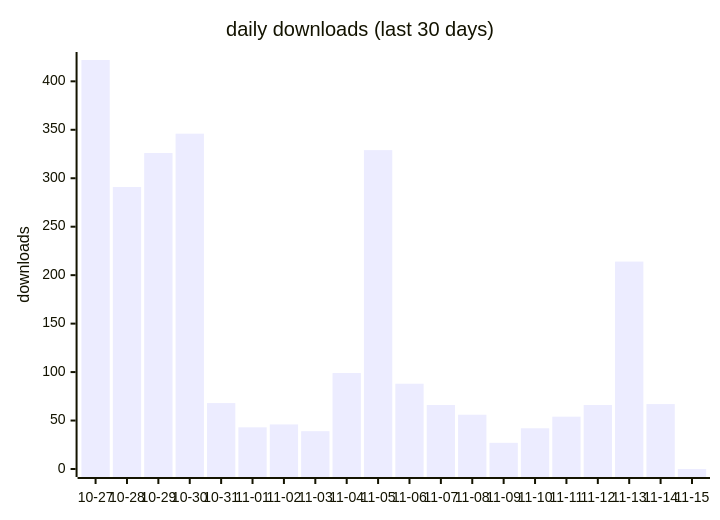
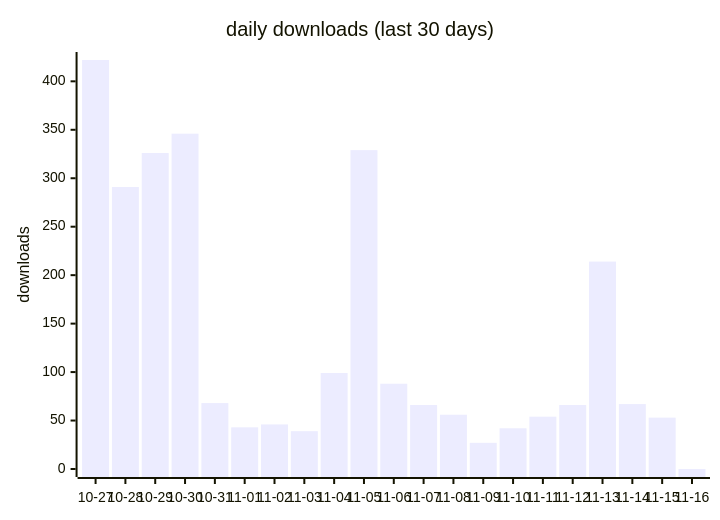
The first of 2 diagrams in docs/downloads-2026.md (terry2010/dsh-loop-recover), drawn with Mermaid before and after one commit. The commit also changed other lines of this file and 1 other file, not shown here.

````diff
--- a/docs/downloads-2026.md
+++ b/docs/downloads-2026.md
@@ -19,7 +19,7 @@
 ```mermaid
 xychart-beta
     title "daily downloads (last 30 days)"
-    x-axis ["10-27", "10-28", "10-29", "10-30", "10-31", "11-01", "11-02", "11-03", "11-04", "11-05", "11-06", "11-07", "11-08", "11-09", "11-10", "11-11", "11-12", "11-13", "11-14", "11-15"]
+    x-axis ["10-27", "10-28", "10-29", "10-30", "10-31", "11-01", "11-02", "11-03", "11-04", "11-05", "11-06", "11-07", "11-08", "11-09", "11-10", "11-11", "11-12", "11-13", "11-14", "11-15", "11-16"]
     y-axis "downloads" 0 --> 422
-    bar [422, 291, 326, 346, 68, 43, 46, 39, 99, 329, 88, 66, 56, 27, 42, 54, 66, 214, 67, 0]
+    bar [422, 291, 326, 346, 68, 43, 46, 39, 99, 329, 88, 66, 56, 27, 42, 54, 66, 214, 67, 53, 0]
 ```
````
